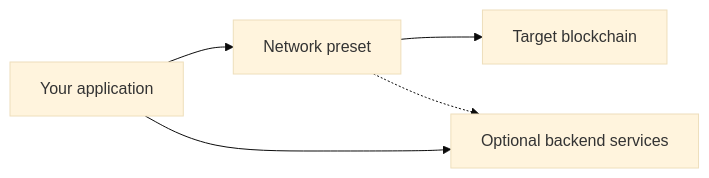
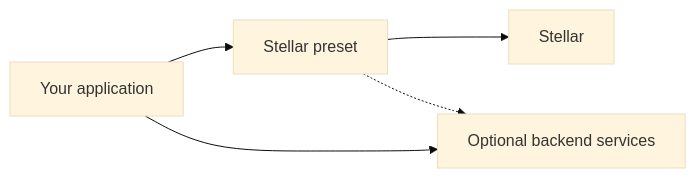
The first of 2 diagrams in docs/overview/introduction.mdx (Polynom-Labs/privacy-layer-confidential-sdk), drawn with Mermaid (base theme) before and after one commit. The commit also changed other lines of this file and 18 other files, not shown here.

````diff
--- a/docs/overview/introduction.mdx
+++ b/docs/overview/introduction.mdx
@@ -21,12 +19,12 @@
 ```mermaid
 flowchart LR
   App[Your application]
-  Preset[Network preset]
-  Chain[Target blockchain]
+  Preset[Stellar preset]
+  Chain[Stellar]
   Backend[Optional backend services]
 
   App --> Preset
   Preset --> Chain
   App --> Backend
   Preset -.-> Backend
 ```
````
